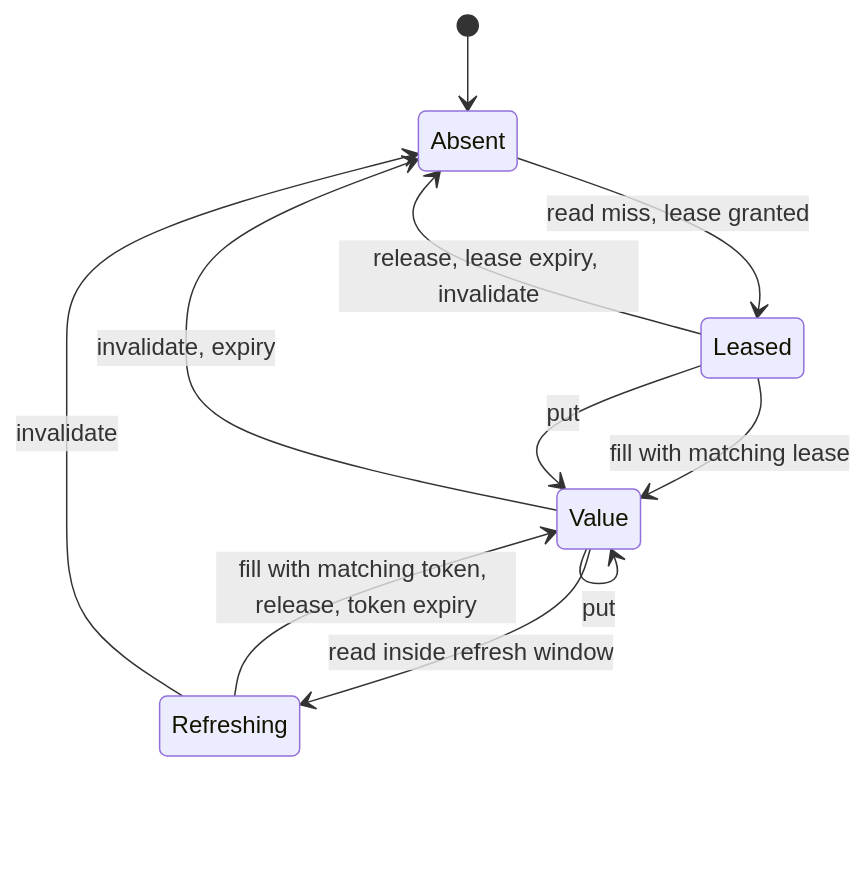
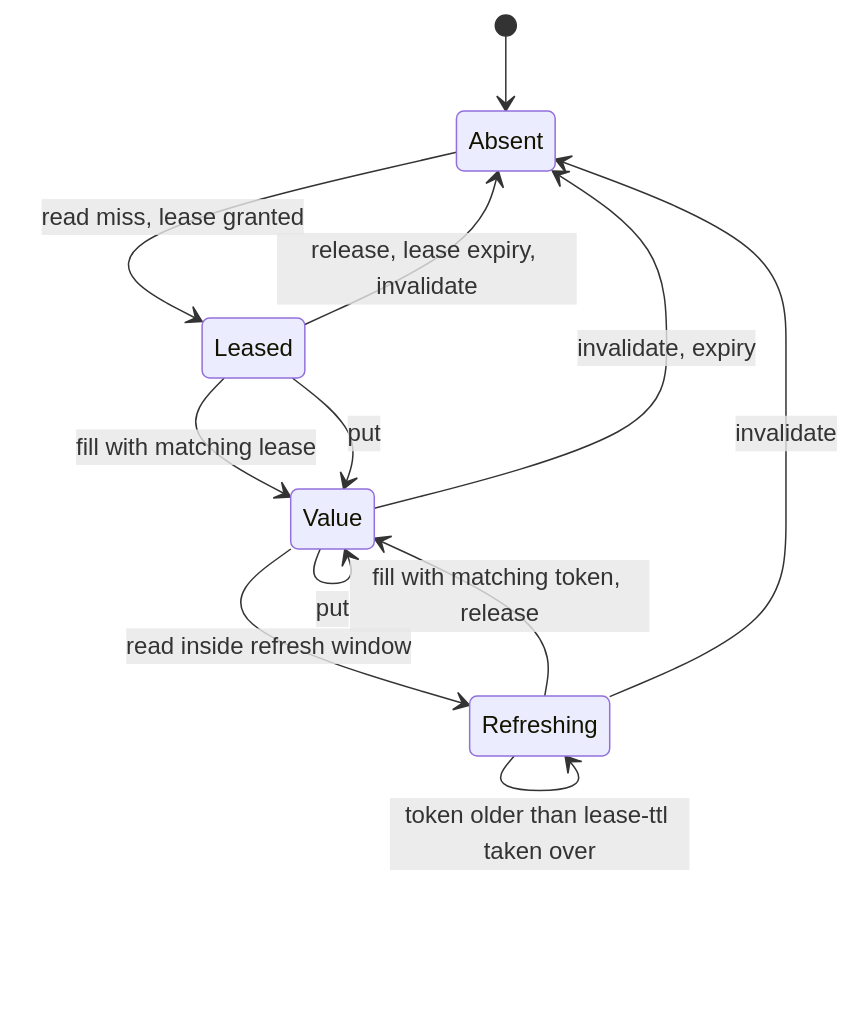
One commit to Ahoo-Wang/CoCache changed the first of 5 diagrams in wiki/architecture/consistency.md. Above: the diagram before and after it, drawn with Mermaid. The commit also changed other lines of this file and 48 other files, not shown here.

````diff
--- a/wiki/architecture/consistency.md
+++ b/wiki/architecture/consistency.md
@@ -35,13 +35,14 @@
 ```mermaid
 stateDiagram-v2
     [*] --> Absent
     Absent --> Leased: read miss, lease granted
     Leased --> Value: fill with matching lease
     Leased --> Absent: release, lease expiry, invalidate
     Value --> Refreshing: read inside refresh window
-    Refreshing --> Value: fill with matching token, release, token expiry
+    Refreshing --> Value: fill with matching token, release
+    Refreshing --> Refreshing: token older than lease-ttl taken over
     Value --> Value: put
     Value --> Absent: invalidate, expiry
     Refreshing --> Absent: invalidate
     Leased --> Value: put
 ```
````
